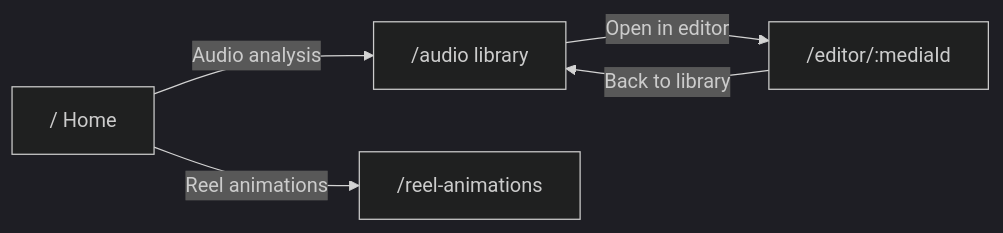
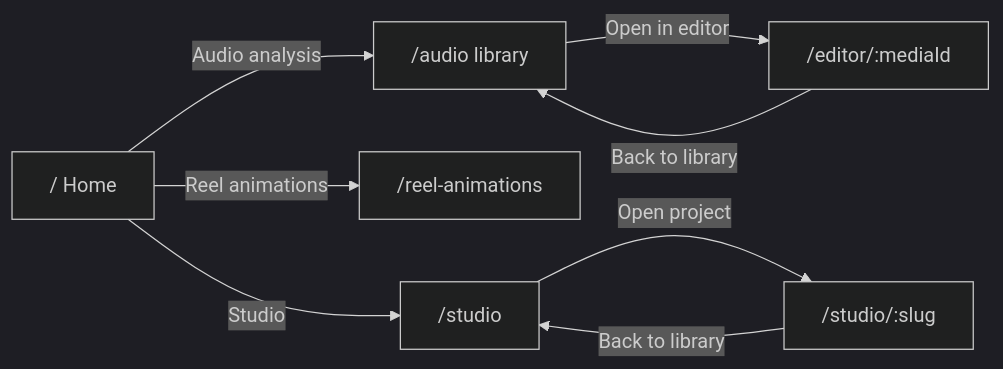
The diagram in docs/ui-design.md (rushikc/krayon.ai), drawn with Mermaid (dark theme) before and after one commit. The commit also changed other lines of this file and 15 other files, not shown here.

````diff
--- a/docs/ui-design.md
+++ b/docs/ui-design.md
@@ -14,7 +16,10 @@
 ```mermaid
 flowchart LR
   Home["/ Home"] -->|"Audio analysis"| Audio["/audio library"]
   Home -->|"Reel animations"| Reels["/reel-animations"]
+  Home -->|"Studio"| Studio["/studio"]
   Audio -->|"Open in editor"| Editor["/editor/:mediaId"]
   Editor -->|"Back to library"| Audio
+  Studio -->|"Open project"| Workspace["/studio/:slug"]
+  Workspace -->|"Back to library"| Studio
 ```
````
